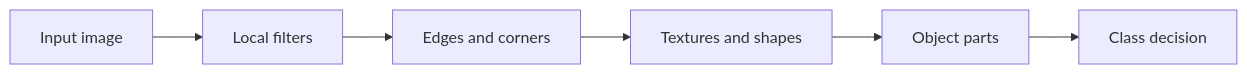
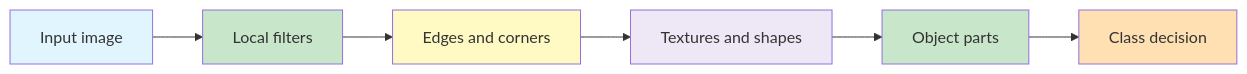
One commit to arshadhs/arshadhs.github.io changed the first of 4 diagrams in content/docs/ai/deep-learning/060-cnn-fundamentals.md. Above: the diagram before and after it, drawn with Mermaid. The commit also changed other lines of this file, not shown here.

```diff
--- a/content/docs/ai/deep-learning/060-cnn-fundamentals.md
+++ b/content/docs/ai/deep-learning/060-cnn-fundamentals.md
@@ -94,8 +96,15 @@
 {{< mermaid >}}
 flowchart LR
     A[Input image] --> B[Local filters]
     B --> C[Edges and corners]
     C --> D[Textures and shapes]
     D --> E[Object parts]
     E --> F[Class decision]
+
+    style A fill:#E1F5FE
+    style B fill:#C8E6C9
+    style C fill:#FFF9C4
+    style D fill:#EDE7F6
+    style E fill:#C8E6C9
+    style F fill:#FFE0B2
 {{< /mermaid >}}
```
